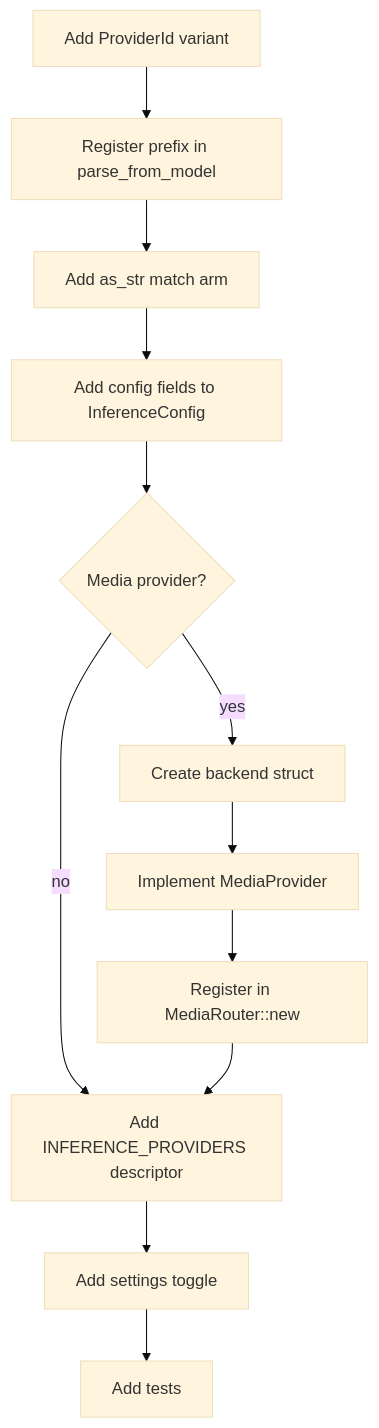
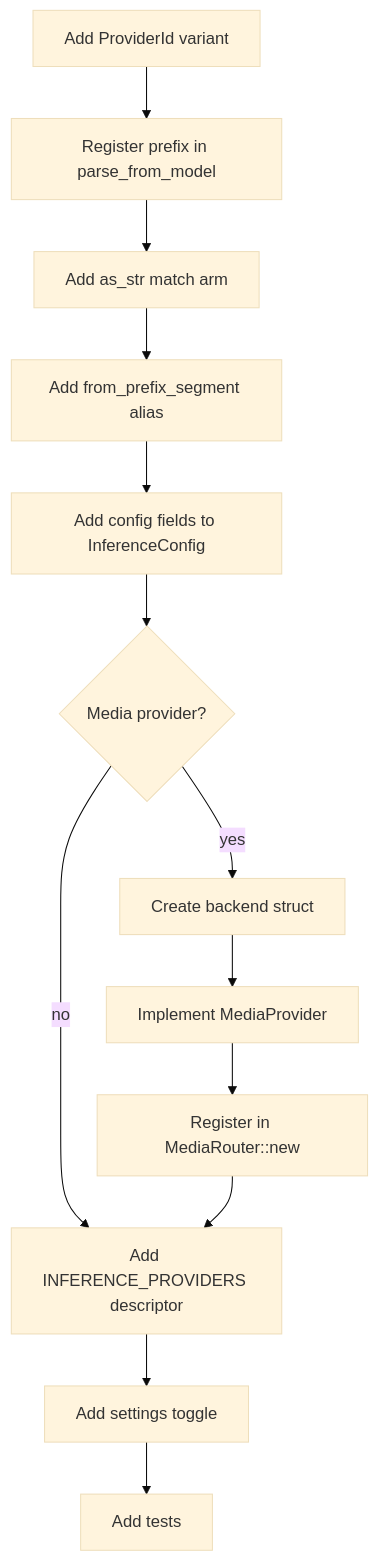
The diagram in kask/docs/diataxis/hkask-inference/how-to.md (mdz-axo/zed-kask), drawn with Mermaid (base theme) before and after one commit. The commit also changed other lines of this file and 41 other files, not shown here.

````diff
--- a/kask/docs/diataxis/hkask-inference/how-to.md
+++ b/kask/docs/diataxis/hkask-inference/how-to.md
@@ -42,14 +51,15 @@
 ```mermaid
 flowchart TD
     A[Add ProviderId variant] --> B[Register prefix in parse_from_model]
     B --> C[Add as_str match arm]
-    C --> D[Add config fields to InferenceConfig]
-    D --> E{Media provider?}
-    E -- yes --> F[Create backend struct]
-    F --> G[Implement MediaProvider]
-    G --> H[Register in MediaRouter::new]
-    E -- no --> I[Add INFERENCE_PROVIDERS descriptor]
-    H --> I
-    I --> J[Add settings toggle]
-    J --> K[Add tests]
+    C --> D[Add from_prefix_segment alias]
+    D --> E[Add config fields to InferenceConfig]
+    E --> F{Media provider?}
+    F -- yes --> G[Create backend struct]
+    G --> H[Implement MediaProvider]
+    H --> I[Register in MediaRouter::new]
+    F -- no --> J[Add INFERENCE_PROVIDERS descriptor]
+    I --> J
+    J --> K[Add settings toggle]
+    K --> L[Add tests]
 ```
````
